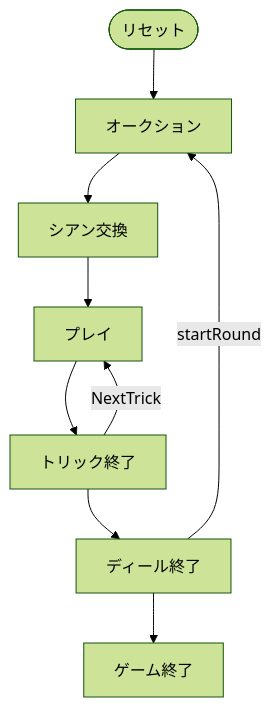
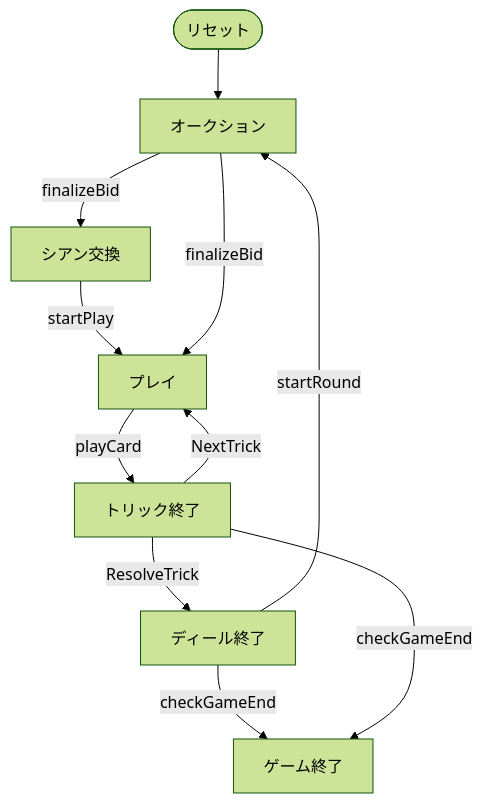
Before and after one commit to yuta-yoshinaga/go_trumpcards: the diagram in docs/manual/cui/frenchtarot.md, drawn with Mermaid (forest theme). The commit also changed 53 other files, not shown here.

````diff
--- a/docs/manual/cui/frenchtarot.md
+++ b/docs/manual/cui/frenchtarot.md
@@ -56,11 +56,19 @@
 ```mermaid
 flowchart TD
     S(["リセット"]) --> P0
-    P0["オークション"] --> P1["シアン交換"]
-    P1["シアン交換"] --> P2["プレイ"]
-    P2["プレイ"] --> P3["トリック終了"]
-    P3["トリック終了"] --> P4["ディール終了"]
-    P4["ディール終了"] --> P5["ゲーム終了"]
+    P0["オークション"]
+    P1["シアン交換"]
+    P2["プレイ"]
+    P3["トリック終了"]
+    P4["ディール終了"]
+    P5["ゲーム終了"]
+    P4 -->|startRound| P0
+    P1 -->|startPlay| P2
+    P2 -->|playCard| P3
+    P3 -->|ResolveTrick| P4
     P3 -->|NextTrick| P2
-    P4 -->|startRound| P0
+    P4 -->|checkGameEnd| P5
+    P3 -->|checkGameEnd| P5
+    P0 -->|finalizeBid| P1
+    P0 -->|finalizeBid| P2
 ```
````
